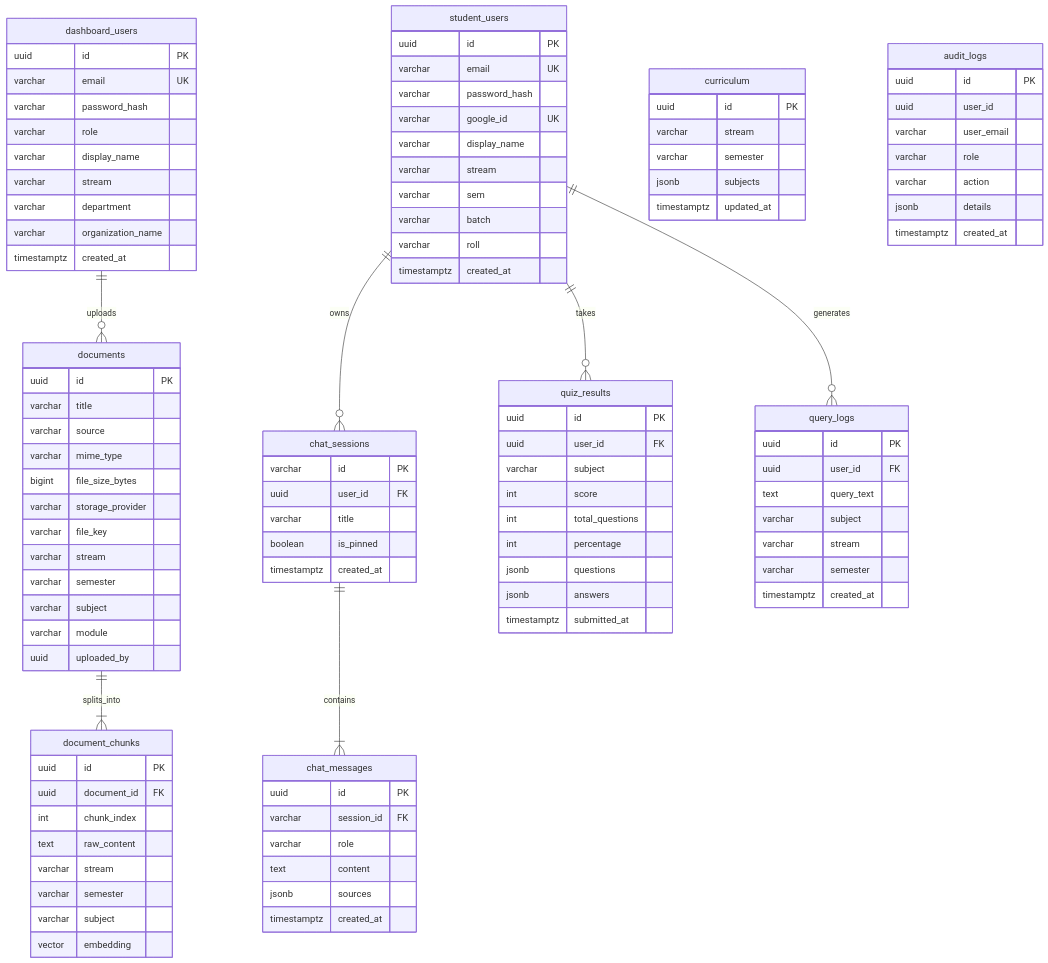
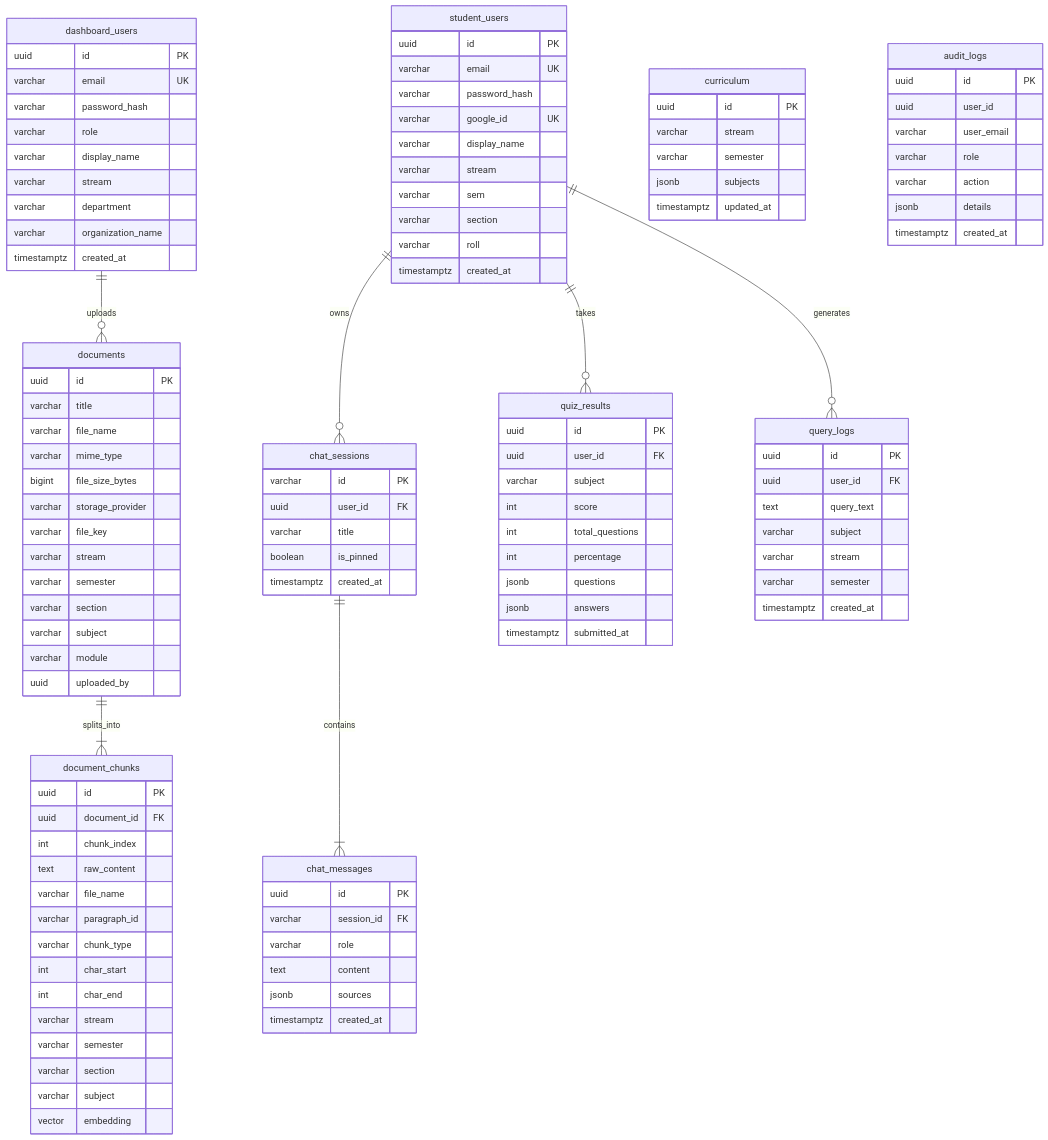
Before and after one commit to monojitgoswami69/siksha-saathi: the seventh of 7 diagrams in architecture.md, drawn with Mermaid. The commit also changed other lines of this file and 15 other files, not shown here.

```diff
--- a/architecture.md
+++ b/architecture.md
@@ -316,7 +329,7 @@
         varchar display_name
         varchar stream
         varchar sem
-        varchar batch
+        varchar section
         varchar roll
         timestamptz created_at
     }
@@ -324,13 +337,14 @@
     documents {
         uuid id PK
         varchar title
-        varchar source
+        varchar file_name
         varchar mime_type
         bigint file_size_bytes
         varchar storage_provider
         varchar file_key
         varchar stream
         varchar semester
+        varchar section
         varchar subject
         varchar module
         uuid uploaded_by
@@ -341,8 +355,14 @@
         uuid document_id FK
         int chunk_index
         text raw_content
+        varchar file_name
+        varchar paragraph_id
+        varchar chunk_type
+        int char_start
+        int char_end
         varchar stream
         varchar semester
+        varchar section
         varchar subject
         vector embedding
     }
```
